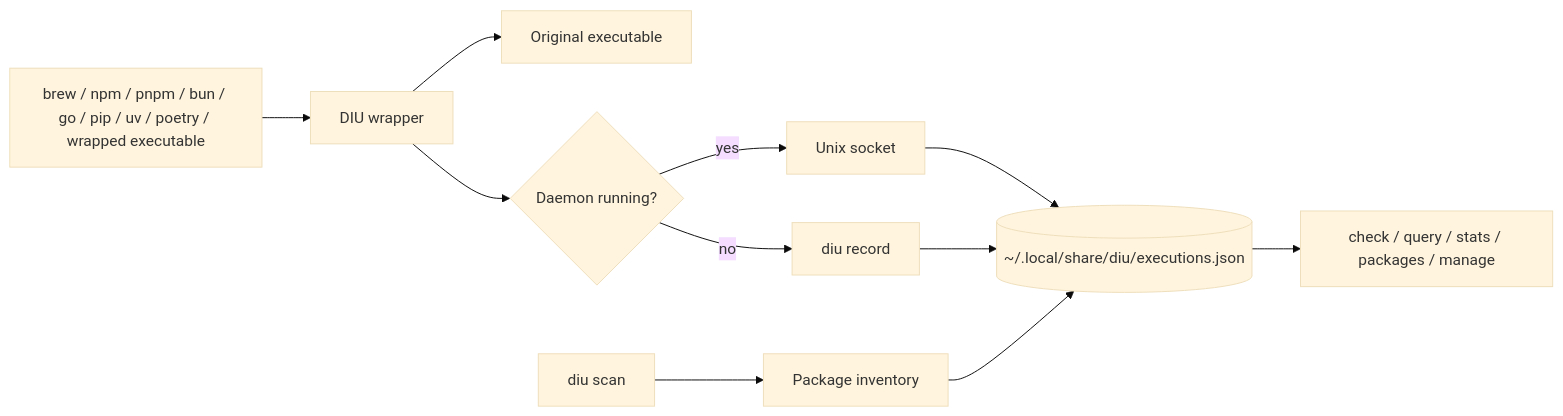
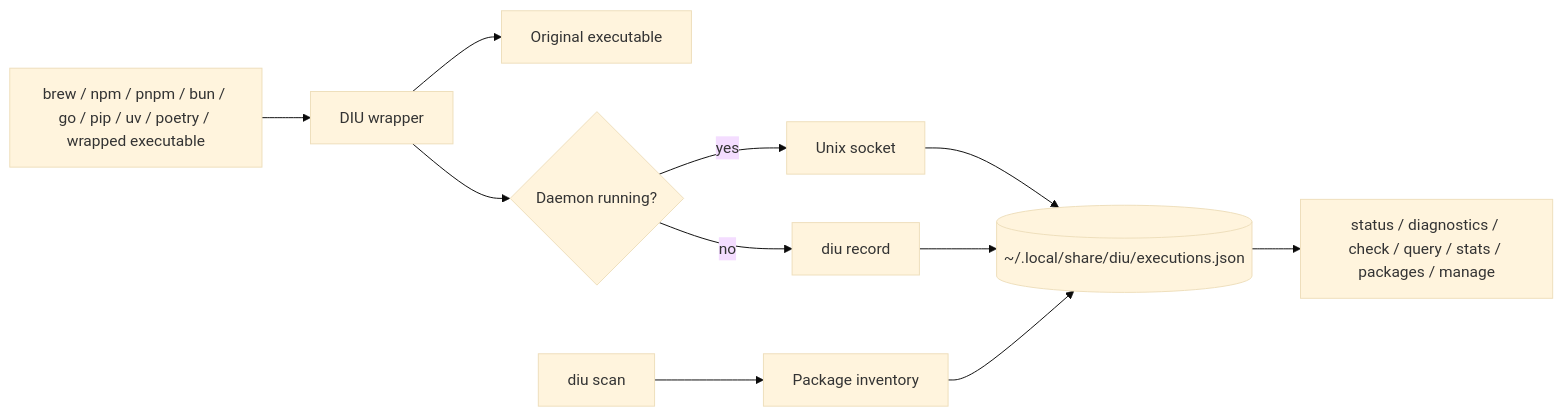
The second of 2 diagrams in README.md (yowainwright/diu), drawn with Mermaid (base theme) before and after one commit. The commit also changed other lines of this file and 34 other files, not shown here.

````diff
--- a/README.md
+++ b/README.md
@@ -148,13 +148,13 @@
 ```mermaid
 flowchart LR
     command["brew / npm / pnpm / bun / go / pip / uv / poetry / wrapped executable"] --> wrapper["DIU wrapper"]
     wrapper --> original["Original executable"]
     wrapper --> daemon{"Daemon running?"}
     daemon -- yes --> socket["Unix socket"]
     daemon -- no --> record["diu record"]
     socket --> storage[("~/.local/share/diu/executions.json")]
     record --> storage
     scan["diu scan"] --> inventory["Package inventory"]
     inventory --> storage
-    storage --> cli["check / query / stats / packages / manage"]
+    storage --> cli["status / diagnostics / check / query / stats / packages / manage"]
 ```
````
